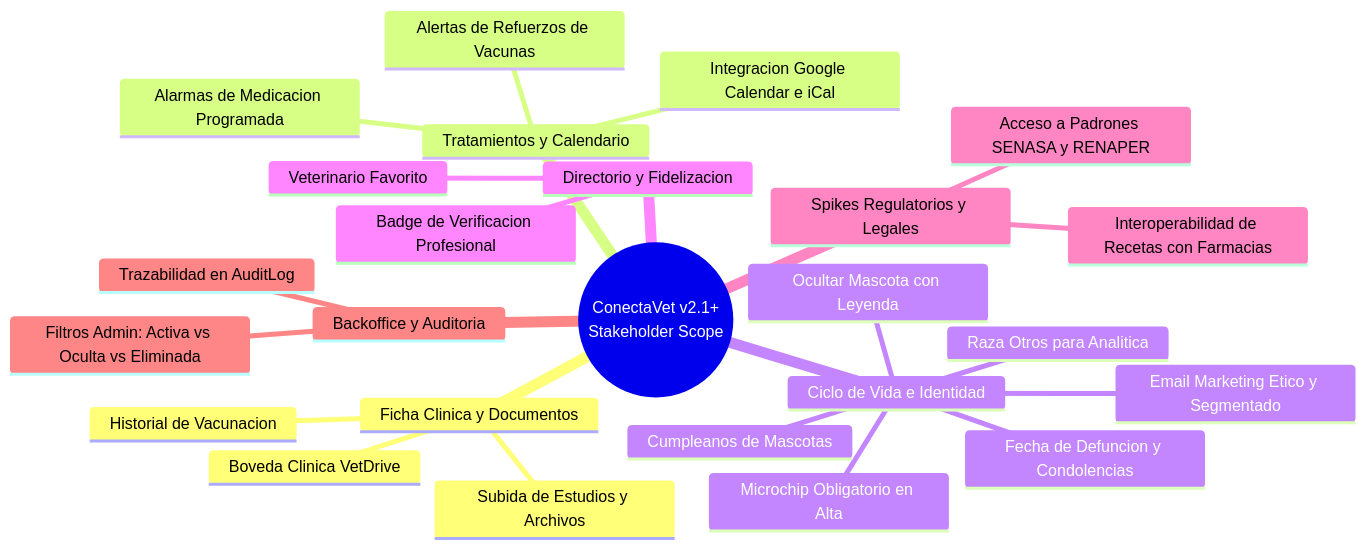
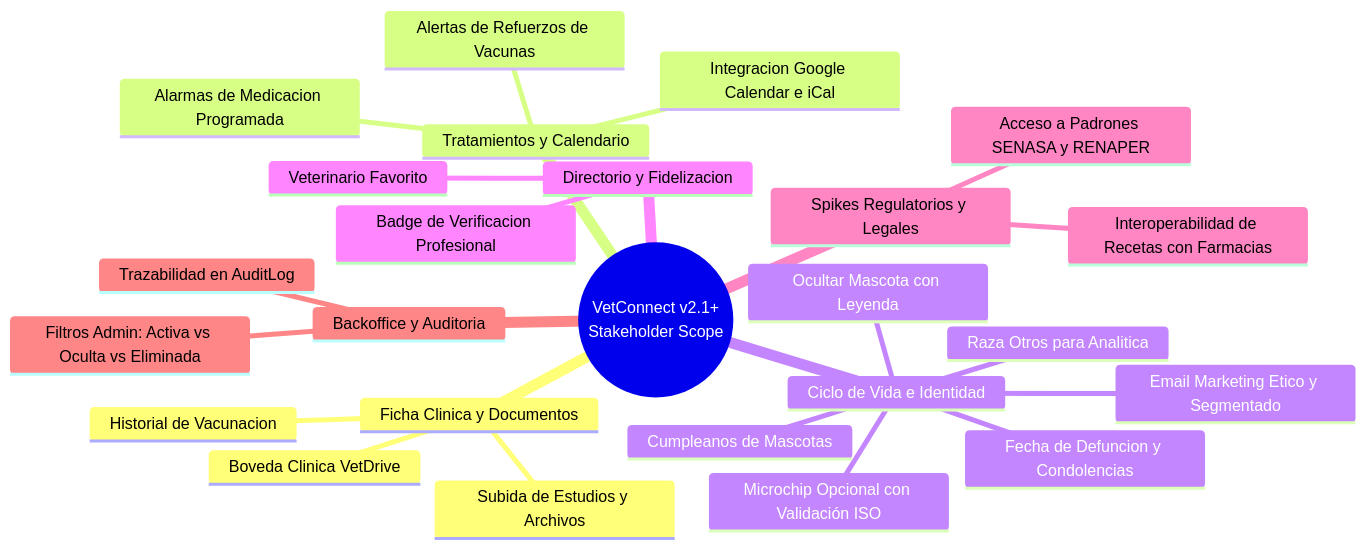
The diagram in docs/MINUTA_STAKEHOLDER_2026-09.md (grupo-pinnacle/VetConnect), drawn with Mermaid before and after one commit. The commit also changed other lines of this file and 17 other files, not shown here.

````diff
--- a/docs/MINUTA_STAKEHOLDER_2026-09.md
+++ b/docs/MINUTA_STAKEHOLDER_2026-09.md
@@ -43,28 +43,28 @@
 ```mermaid
 mindmap
-  root((ConectaVet v2.1+<br/>Stakeholder Scope))
+  root((VetConnect v2.1+<br/>Stakeholder Scope))
     Ficha Clinica y Documentos
       Subida de Estudios y Archivos
       Boveda Clinica VetDrive
       Historial de Vacunacion
     Tratamientos y Calendario
       Alarmas de Medicacion Programada
       Integracion Google Calendar e iCal
       Alertas de Refuerzos de Vacunas
     Ciclo de Vida e Identidad
-      Microchip Obligatorio en Alta
+      Microchip Opcional con Validación ISO
       Raza Otros para Analitica
       Cumpleanos de Mascotas
       Ocultar Mascota con Leyenda
       Fecha de Defuncion y Condolencias
       Email Marketing Etico y Segmentado
     Directorio y Fidelizacion
       Veterinario Favorito
       Badge de Verificacion Profesional
     Spikes Regulatorios y Legales
       Acceso a Padrones SENASA y RENAPER
       Interoperabilidad de Recetas con Farmacias
     Backoffice y Auditoria
       Filtros Admin: Activa vs Oculta vs Eliminada
       Trazabilidad en AuditLog
 ```
````
